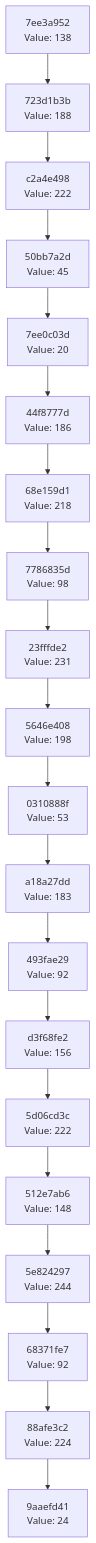
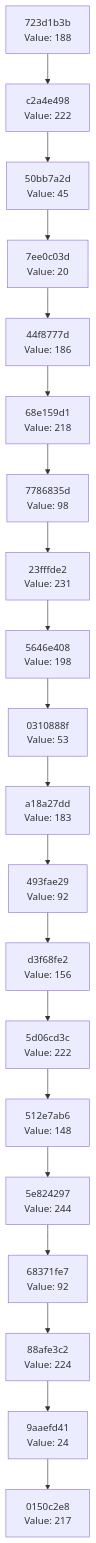
One commit to Abhisheksinha1506/hash-chain-evolver changed the diagram in docs/CHAIN_VISUALIZATION.md. Above: the diagram before and after it, drawn with Mermaid. The commit also changed 3 other files, not shown here.

````diff
--- a/docs/CHAIN_VISUALIZATION.md
+++ b/docs/CHAIN_VISUALIZATION.md
@@ -3,42 +3,42 @@
 ```mermaid
 graph TD
-    C0["9aaefd41<br/>Value: 24"]
-    C1["88afe3c2<br/>Value: 224"]
+    C0["0150c2e8<br/>Value: 217"]
+    C1["9aaefd41<br/>Value: 24"]
     C1 --> C0
-    C2["68371fe7<br/>Value: 92"]
+    C2["88afe3c2<br/>Value: 224"]
     C2 --> C1
-    C3["5e824297<br/>Value: 244"]
+    C3["68371fe7<br/>Value: 92"]
     C3 --> C2
-    C4["512e7ab6<br/>Value: 148"]
+    C4["5e824297<br/>Value: 244"]
     C4 --> C3
-    C5["5d06cd3c<br/>Value: 222"]
+    C5["512e7ab6<br/>Value: 148"]
     C5 --> C4
-    C6["d3f68fe2<br/>Value: 156"]
+    C6["5d06cd3c<br/>Value: 222"]
     C6 --> C5
-    C7["493fae29<br/>Value: 92"]
+    C7["d3f68fe2<br/>Value: 156"]
     C7 --> C6
-    C8["a18a27dd<br/>Value: 183"]
+    C8["493fae29<br/>Value: 92"]
     C8 --> C7
-    C9["0310888f<br/>Value: 53"]
+    C9["a18a27dd<br/>Value: 183"]
     C9 --> C8
-    C10["5646e408<br/>Value: 198"]
+    C10["0310888f<br/>Value: 53"]
     C10 --> C9
-    C11["23fffde2<br/>Value: 231"]
+    C11["5646e408<br/>Value: 198"]
     C11 --> C10
-    C12["7786835d<br/>Value: 98"]
+    C12["23fffde2<br/>Value: 231"]
     C12 --> C11
-    C13["68e159d1<br/>Value: 218"]
+    C13["7786835d<br/>Value: 98"]
     C13 --> C12
-    C14["44f8777d<br/>Value: 186"]
+    C14["68e159d1<br/>Value: 218"]
     C14 --> C13
-    C15["7ee0c03d<br/>Value: 20"]
+    C15["44f8777d<br/>Value: 186"]
     C15 --> C14
-    C16["50bb7a2d<br/>Value: 45"]
+    C16["7ee0c03d<br/>Value: 20"]
     C16 --> C15
-    C17["c2a4e498<br/>Value: 222"]
+    C17["50bb7a2d<br/>Value: 45"]
     C17 --> C16
-    C18["723d1b3b<br/>Value: 188"]
+    C18["c2a4e498<br/>Value: 222"]
     C18 --> C17
-    C19["7ee3a952<br/>Value: 138"]
+    C19["723d1b3b<br/>Value: 188"]
     C19 --> C18
 ```
````
